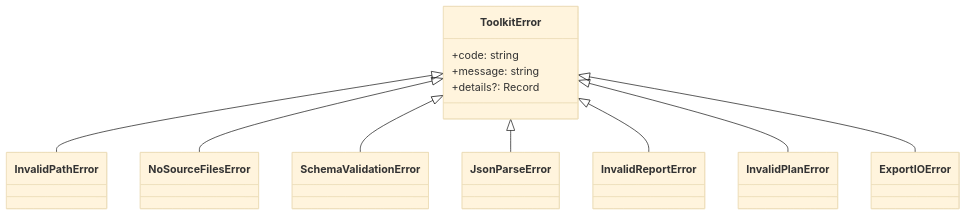
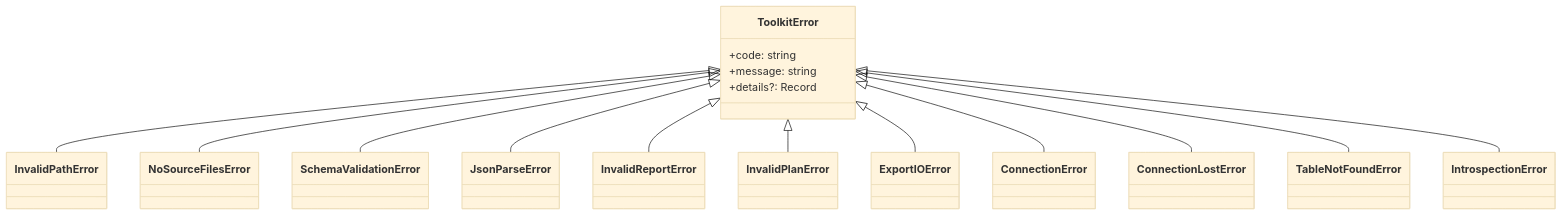
Before and after one commit to preyesc/erp-modernization-toolkit: the tenth of 10 diagrams in docs/architecture.md, drawn with Mermaid (base theme). The commit also changed other lines of this file and 107 other files, not shown here.

````diff
--- a/docs/architecture.md
+++ b/docs/architecture.md
@@ -194,16 +277,20 @@
 ```mermaid
 classDiagram
     class ToolkitError {
         +code: string
         +message: string
         +details?: Record
     }
 
     ToolkitError <|-- InvalidPathError
     ToolkitError <|-- NoSourceFilesError
     ToolkitError <|-- SchemaValidationError
     ToolkitError <|-- JsonParseError
     ToolkitError <|-- InvalidReportError
     ToolkitError <|-- InvalidPlanError
     ToolkitError <|-- ExportIOError
+    ToolkitError <|-- ConnectionError
+    ToolkitError <|-- ConnectionLostError
+    ToolkitError <|-- TableNotFoundError
+    ToolkitError <|-- IntrospectionError
 ```
````
